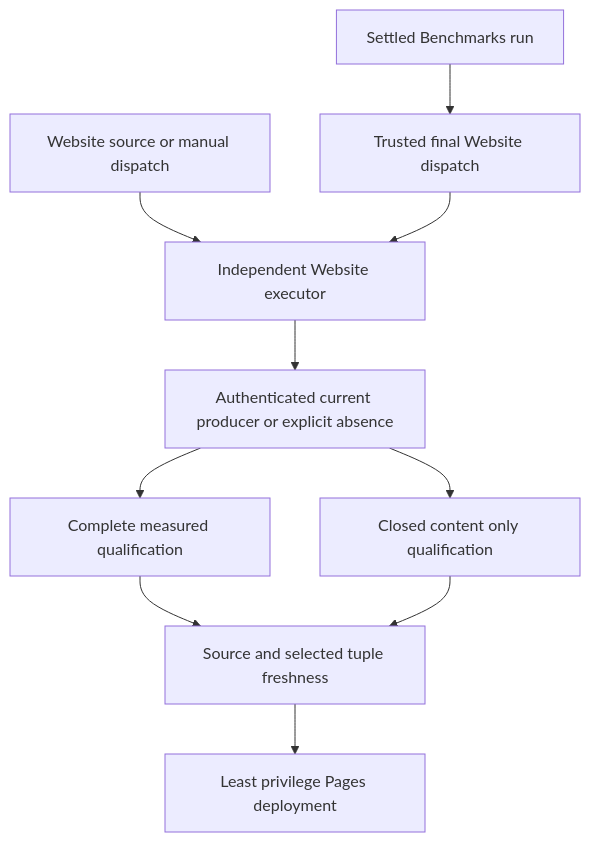
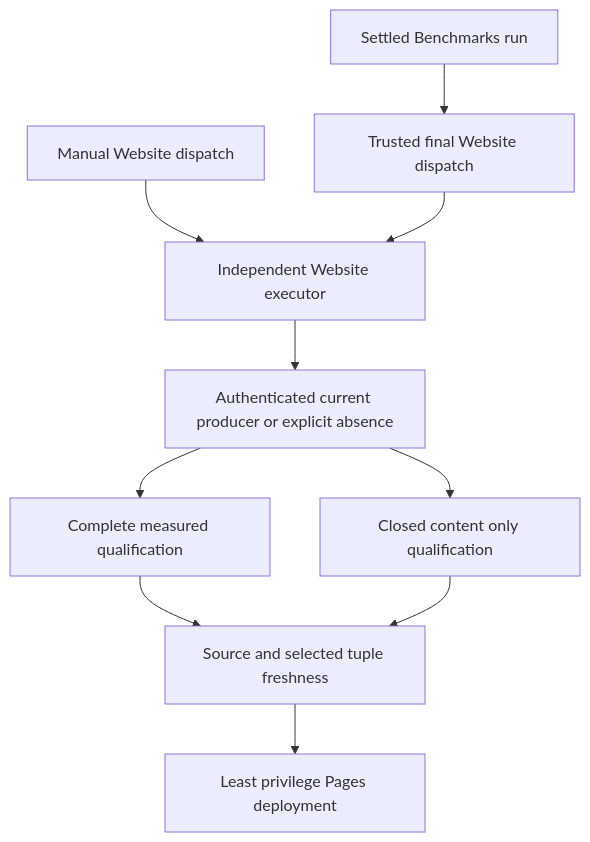
The diagram in docs/ADR/ADR-112-independent-website-publication.md (managedcode/KeyLoad), drawn with Mermaid before and after one commit. The commit also changed other lines of this file and 58 other files, not shown here.

````diff
--- a/docs/ADR/ADR-112-independent-website-publication.md
+++ b/docs/ADR/ADR-112-independent-website-publication.md
@@ -53,12 +55,12 @@
 ```mermaid
 flowchart TD
-    Push[Website source or manual dispatch] --> Website[Independent Website executor]
+    Push[Manual Website dispatch] --> Website[Independent Website executor]
     Benchmarks[Settled Benchmarks run] --> Trigger[Trusted final Website dispatch]
     Trigger --> Website
     Website --> Select[Authenticated current producer or explicit absence]
     Select --> Measured[Complete measured qualification]
     Select --> Empty[Closed content only qualification]
     Measured --> Fresh[Source and selected tuple freshness]
     Empty --> Fresh
     Fresh --> Pages[Least privilege Pages deployment]
 ```
````
